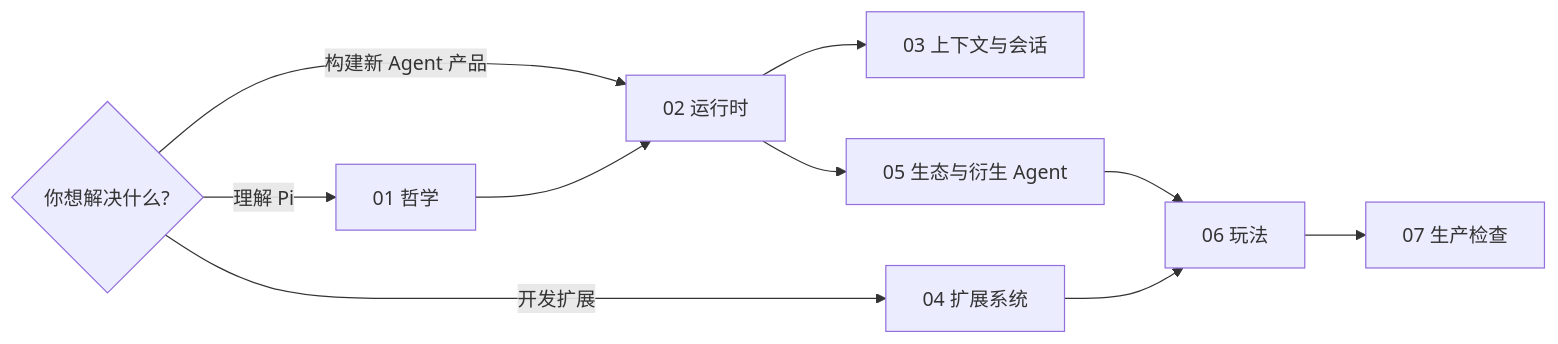
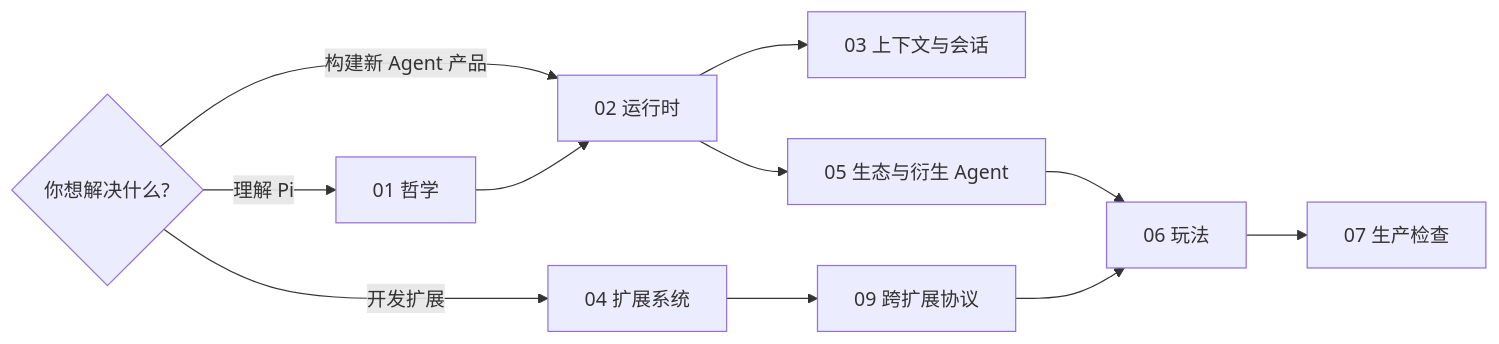
One commit to jaronic/pi-extensions changed the second of 2 diagrams in docs/design/README.md. Above: the diagram before and after it, drawn with Mermaid. The commit also changed other lines of this file and 15 other files, not shown here.

````diff
--- a/docs/design/README.md
+++ b/docs/design/README.md
@@ -80,7 +81,7 @@
 ```mermaid
 flowchart LR
     Start{你想解决什么?}
     Start -->|理解 Pi| A[01 哲学] --> B[02 运行时] --> C[03 上下文与会话]
-    Start -->|开发扩展| D[04 扩展系统] --> E[06 玩法] --> F[07 生产检查]
+    Start -->|开发扩展| D[04 扩展系统] --> P[09 跨扩展协议] --> E[06 玩法] --> F[07 生产检查]
     Start -->|构建新 Agent 产品| B --> G[05 生态与衍生 Agent] --> E
 ```
````
